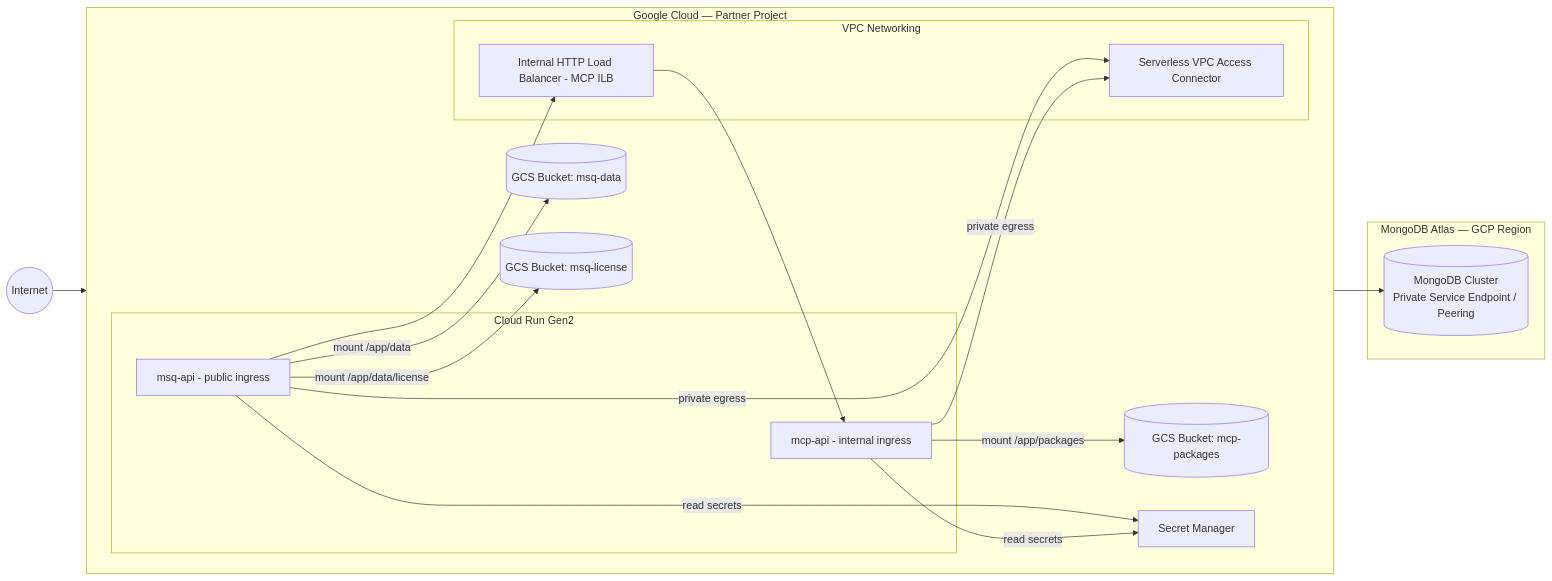
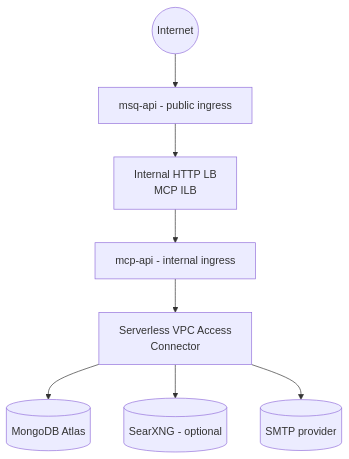
Before and after one commit to MissionSquad/missionsquad-docs: the first of 4 diagrams in hosting/gcp/index.md, drawn with Mermaid. The commit also changed other lines of this file and 4 other files, not shown here.

````diff
--- a/hosting/gcp/index.md
+++ b/hosting/gcp/index.md
@@ -42,42 +27,7 @@
 ```mermaid
-flowchart LR
-  Internet((Internet))
-
-  subgraph GCP[Google Cloud — Partner Project]
-    direction LR
-
-    subgraph CloudRun[Cloud Run Gen2]
-      MSQAPI[msq-api - public ingress]
-      MCPAPI[mcp-api - internal ingress]
-    end
-
-    subgraph Net[VPC Networking]
-      ILB[Internal HTTP Load Balancer - MCP ILB]
-      VPCConn[Serverless VPC Access Connector]
-    end
-
-    Secrets[Secret Manager]
-    GCSData[(GCS Bucket: msq-data)]
-    GCSLicense[(GCS Bucket: msq-license)]
-    GCSPkgs[(GCS Bucket: mcp-packages)]
-  end
-
-  subgraph Atlas[MongoDB Atlas — GCP Region]
-    Mongo[(MongoDB Cluster<br/>Private Service Endpoint / Peering)]
-  end
-
-  Internet --> MSQAPI
-  MSQAPI --> ILB
-  ILB --> MCPAPI
-
-  MSQAPI -- "mount /app/data" --> GCSData
-  MSQAPI -- "mount /app/data/license" --> GCSLicense
-  MCPAPI -- "mount /app/packages" --> GCSPkgs
-
-  MSQAPI -- "read secrets" --> Secrets
-  MCPAPI -- "read secrets" --> Secrets
-
-  MSQAPI -- "private egress" --> VPCConn
-  MCPAPI -- "private egress" --> VPCConn
-  VPCConn --> Mongo
+flowchart TB
+  Internet((Internet)) --> MSQAPI[msq-api - public ingress] --> ILB[Internal HTTP LB<br/>MCP ILB] --> MCPAPI[mcp-api - internal ingress] --> VPCConn[Serverless VPC Access<br/>Connector]
+  VPCConn --> MongoExt[(MongoDB Atlas)]
+  VPCConn --> SearxExt[(SearXNG - optional)]
+  VPCConn --> SMTP[(SMTP provider)]
 ```
````
